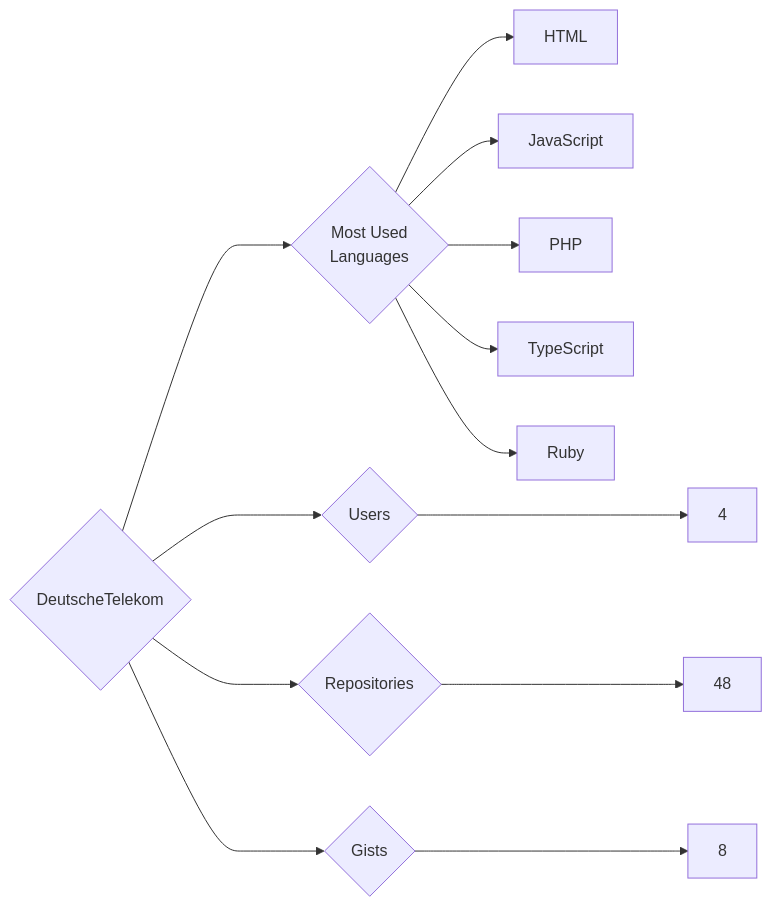
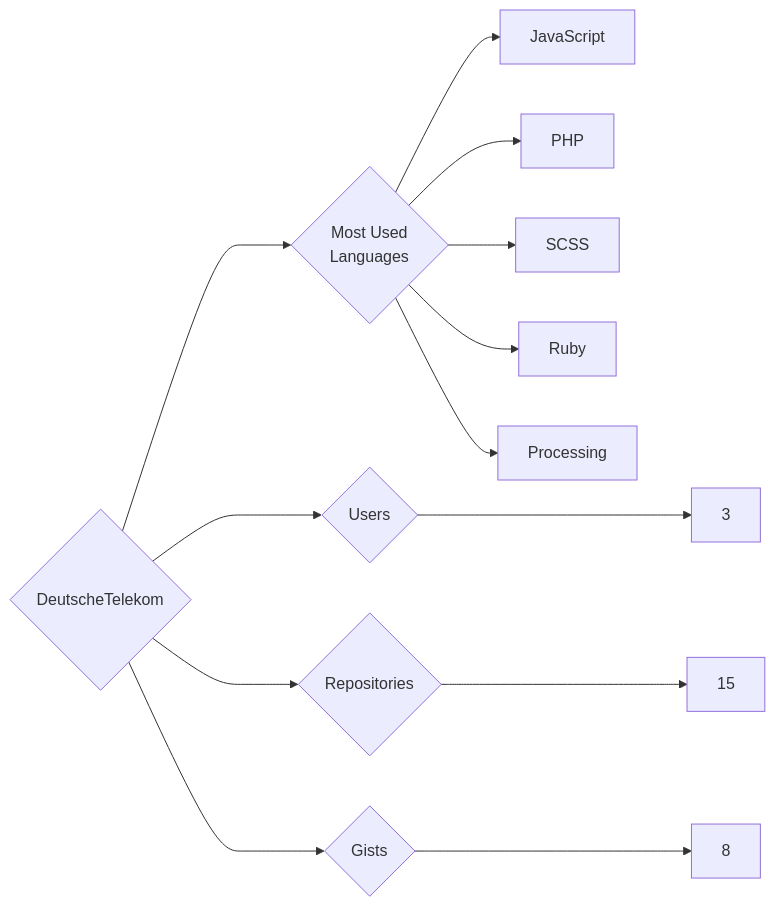
Before and after one commit to trickest/insiders: the diagram in targets/DeutscheTelekom/README.md, drawn with Mermaid. The commit also changed 998 other files, not shown here.

````diff
--- a/targets/DeutscheTelekom/README.md
+++ b/targets/DeutscheTelekom/README.md
@@ -3,13 +3,13 @@
 ```mermaid
 graph LR
 COMPANY_NAME{DeutscheTelekom}
-COMPANY_NAME ---> U{Users} ---> UN[4]
-COMPANY_NAME ---> R{Repositories} ---> RN[48]
+COMPANY_NAME ---> U{Users} ---> UN[3]
+COMPANY_NAME ---> R{Repositories} ---> RN[15]
 COMPANY_NAME ---> G{Gists} ---> GN[8]
 COMPANY_NAME ---> ML{Most Used<br>Languages}
-ML --> HTML[HTML]
 ML --> JavaScript[JavaScript]
 ML --> PHP[PHP]
-ML --> TypeScript[TypeScript]
+ML --> SCSS[SCSS]
 ML --> Ruby[Ruby]
+ML --> Processing[Processing]
 ```
````
